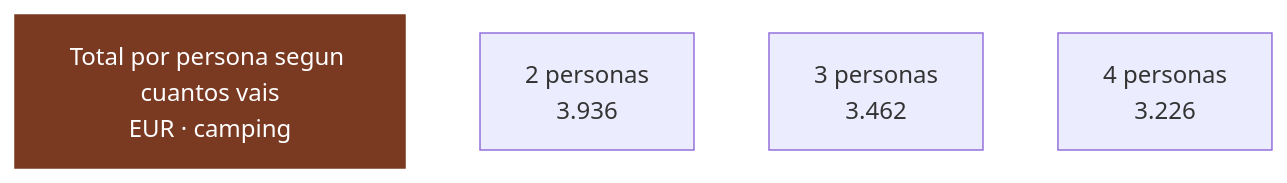
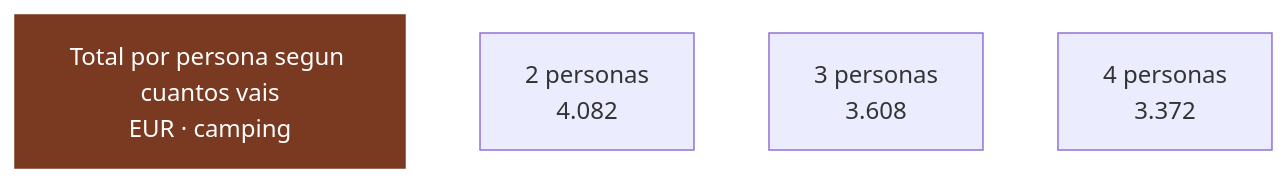
The eighth of 8 diagrams in 02-presupuesto.md (morandeirachema/namibia), drawn with Mermaid before and after one commit. The commit also changed other lines of this file and 13 other files, not shown here.

````diff
--- a/02-presupuesto.md
+++ b/02-presupuesto.md
@@ -719,11 +732,11 @@
 ```mermaid
 flowchart LR
     T["Total por persona segun cuantos vais<br/>EUR · camping"]
-    n0["2 personas<br/>3.936"]
-    n1["3 personas<br/>3.462"]
-    n2["4 personas<br/>3.226"]
+    n0["2 personas<br/>4.082"]
+    n1["3 personas<br/>3.608"]
+    n2["4 personas<br/>3.372"]
     T ~~~ n0
     n0 ~~~ n1
     n1 ~~~ n2
     style T fill:#7a3a22,color:#fff,stroke:#7a3a22
 ```
````
